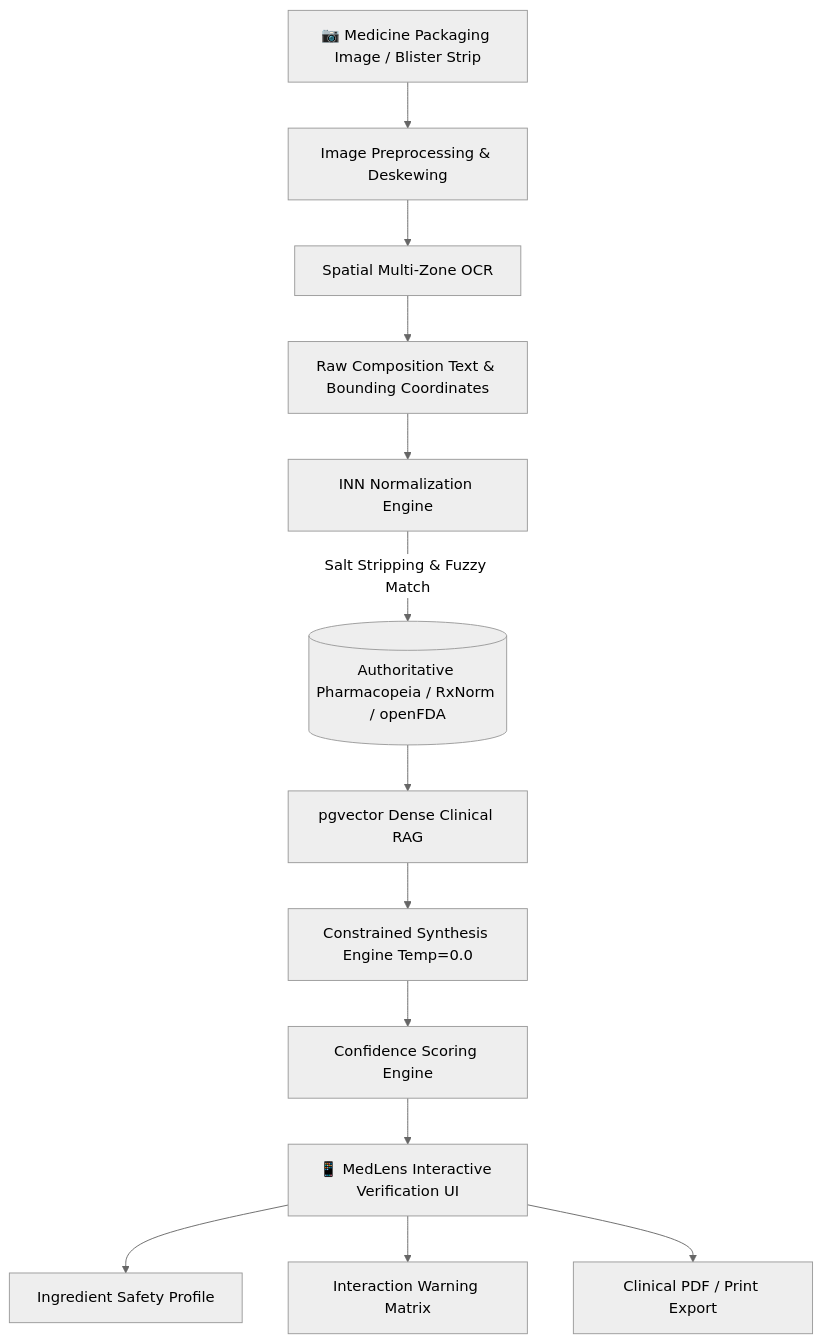
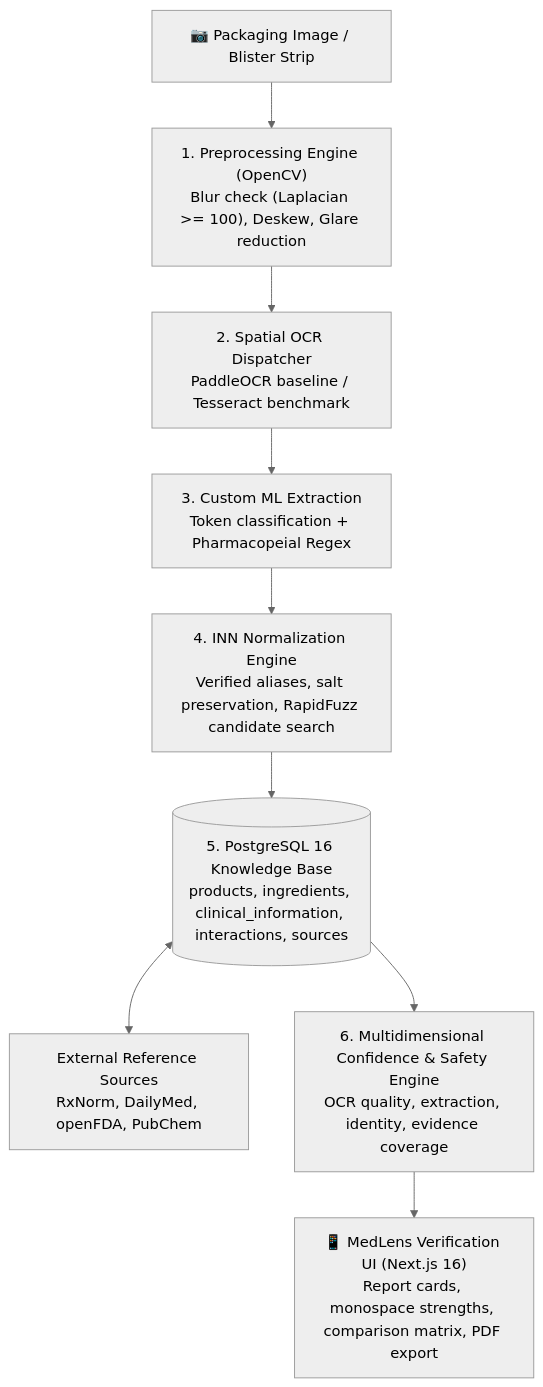
The diagram in README.md (UdeepChowdary/MedLens), drawn with Mermaid (neutral theme) before and after one commit. The commit also changed other lines of this file and 51 other files, not shown here.

Commit message:
feat(database): implement Phase 2 relational schema, repositories, clinical seeder, and 24 tests

````diff
--- a/README.md
+++ b/README.md
@@ -66,15 +66,11 @@
 ```mermaid
 flowchart TD
-    A[📷 Medicine Packaging Image / Blister Strip] --> B[Image Preprocessing & Deskewing]
-    B --> C[Spatial Multi-Zone OCR]
-    C --> D[Raw Composition Text & Bounding Coordinates]
-    D --> E[INN Normalization Engine]
-    E -->|Salt Stripping & Fuzzy Match| F[(Authoritative Pharmacopeia / RxNorm / openFDA)]
-    F --> G[pgvector Dense Clinical RAG]
-    G --> H[Constrained Synthesis Engine Temp=0.0]
-    H --> I[Confidence Scoring Engine]
-    I --> J[📱 MedLens Interactive Verification UI]
-    J --> K[Ingredient Safety Profile]
-    J --> L[Interaction Warning Matrix]
-    J --> M[Clinical PDF / Print Export]
+    A["📷 Packaging Image / Blister Strip"] --> B["1. Preprocessing Engine (OpenCV)<br/>Blur check (Laplacian >= 100), Deskew, Glare reduction"]
+    B --> C["2. Spatial OCR Dispatcher<br/>PaddleOCR baseline / Tesseract benchmark"]
+    C --> D["3. Custom ML Extraction<br/>Token classification + Pharmacopeial Regex"]
+    D --> E["4. INN Normalization Engine<br/>Verified aliases, salt preservation, RapidFuzz candidate search"]
+    E --> F[("5. PostgreSQL 16 Knowledge Base<br/>products, ingredients, clinical_information, interactions, sources")]
+    F <--> G["External Reference Sources<br/>RxNorm, DailyMed, openFDA, PubChem"]
+    F --> H["6. Multidimensional Confidence & Safety Engine<br/>OCR quality, extraction, identity, evidence coverage"]
+    H --> I["📱 MedLens Verification UI (Next.js 16)<br/>Report cards, monospace strengths, comparison matrix, PDF export"]
 ```
````
